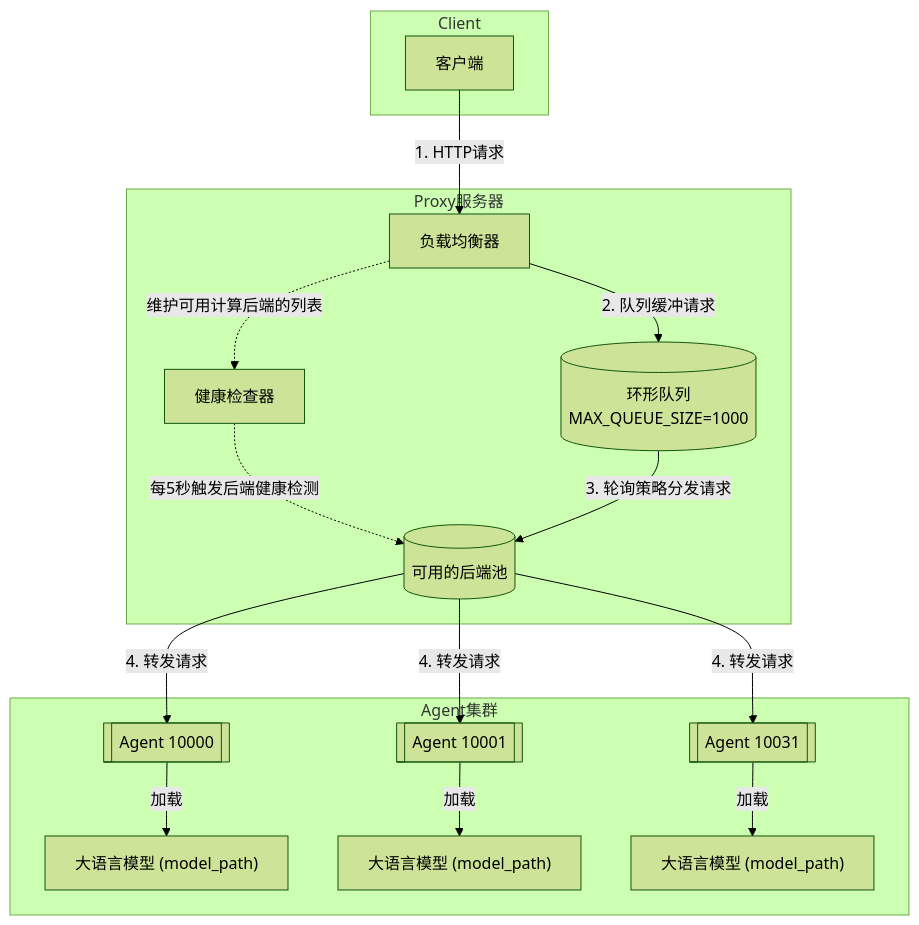
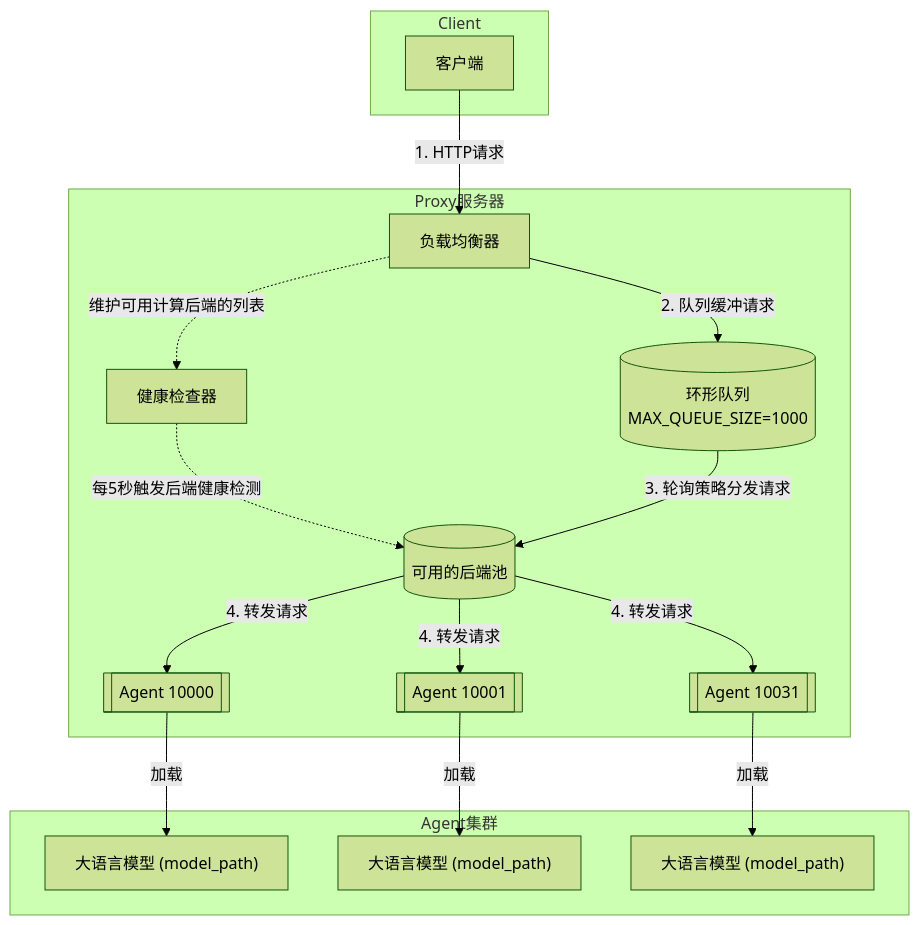
One commit to FesianXu/Easy-Model-Service changed the diagram in README.md. Above: the diagram before and after it, drawn with Mermaid (forest theme). The commit also changed 1 other file, not shown here.

Commit message:
[doc]: mermaid fix github rendering bug

````diff
--- a/README.md
+++ b/README.md
@@ -9,26 +9,27 @@
 ```mermaid
 graph TD
     subgraph Client
         C[客户端]
     end
 
     subgraph Proxy服务器
     	LB[负载均衡器]
+    	C -->|1. HTTP请求| LB
         LB -.维护可用计算后端的列表.-> HC[健康检查器]
         HC -.每5秒触发后端健康检测.-> WT[(可用的后端池)]
         Q[(环形队列\nMAX_QUEUE_SIZE=1000)]
+        LB -->|2. 队列缓冲请求| Q
+        Q -->|3. 轮询策略分发请求| WT
+        WT -->|4. 转发请求| A1
+        WT -->|4. 转发请求| A2
+        WT -->|4. 转发请求| A32
     end
 
     subgraph Agent集群
         A1[[Agent 10000]] -->|加载| M1["大语言模型 (model_path)"]
         A2[[Agent 10001]] -->|加载| M2["大语言模型 (model_path)"]
         A32[[Agent 10031]] -->|加载| M32["大语言模型 (model_path)"]
     end
 
-	C -->|1. HTTP请求| LB
-    LB -->|2. 队列缓冲请求| Q
-    Q -->|3. 轮询策略分发请求| WT
-    WT -->|4. 转发请求| A1
-    WT -->|4. 转发请求| A2
-    WT -->|4. 转发请求| A32
+    
 ```
````
